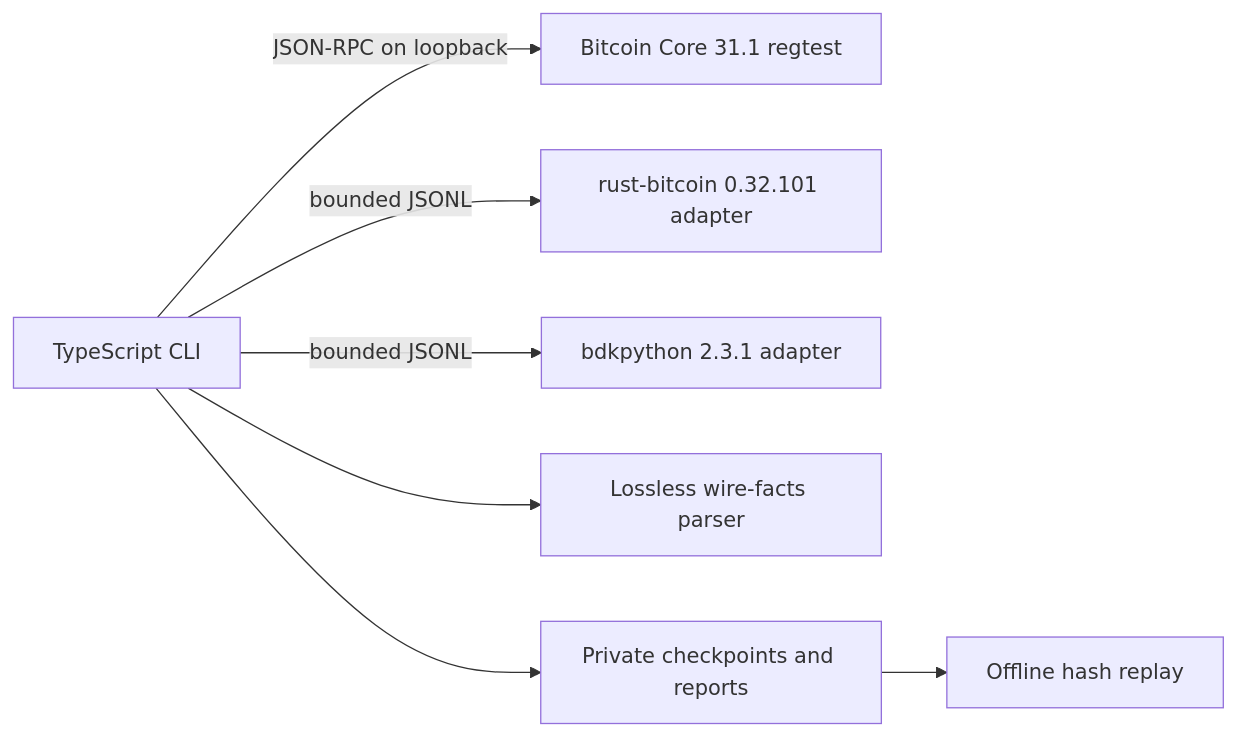
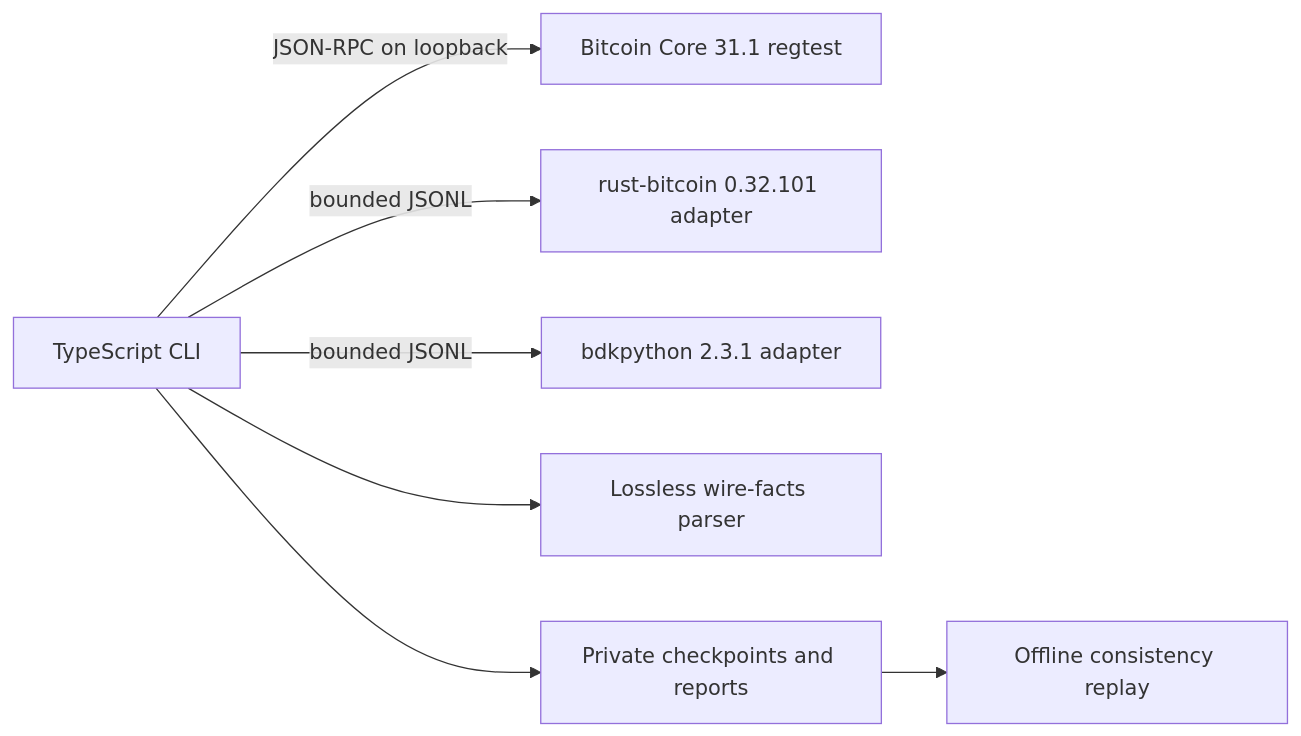
The diagram in docs/architecture.md (GautamBytes/psbt-interop-lab), drawn with Mermaid before and after one commit. The commit also changed other lines of this file and 4 other files, not shown here.

````diff
--- a/docs/architecture.md
+++ b/docs/architecture.md
@@ -10,9 +10,9 @@
 ```mermaid
 flowchart LR
   CLI["TypeScript CLI"] -->|"JSON-RPC on loopback"| Core["Bitcoin Core 31.1 regtest"]
   CLI -->|"bounded JSONL"| Rust["rust-bitcoin 0.32.101 adapter"]
   CLI -->|"bounded JSONL"| BDK["bdkpython 2.3.1 adapter"]
   CLI --> Facts["Lossless wire-facts parser"]
   CLI --> Artifacts["Private checkpoints and reports"]
-  Artifacts --> Replay["Offline hash replay"]
+  Artifacts --> Replay["Offline consistency replay"]
 ```
````
